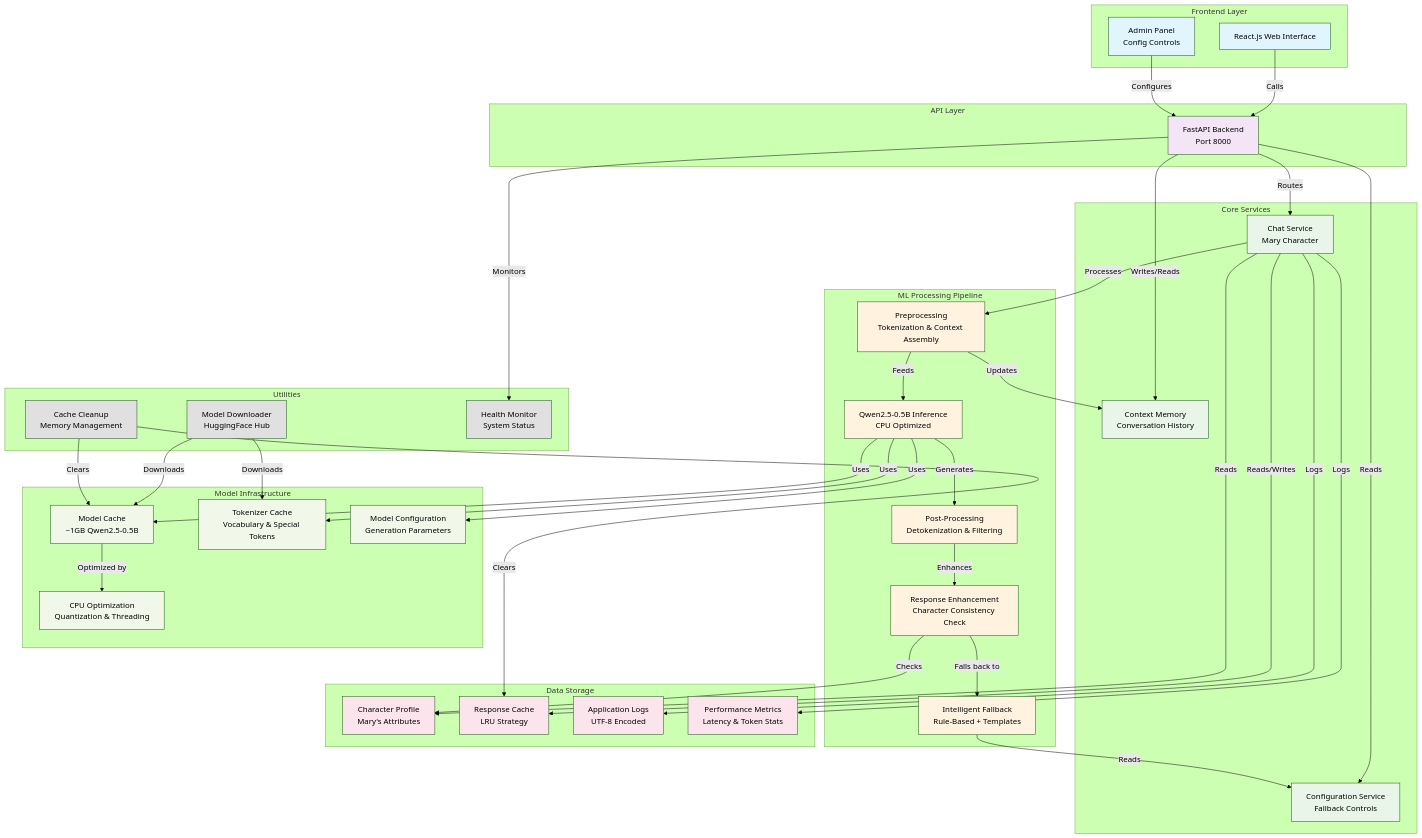
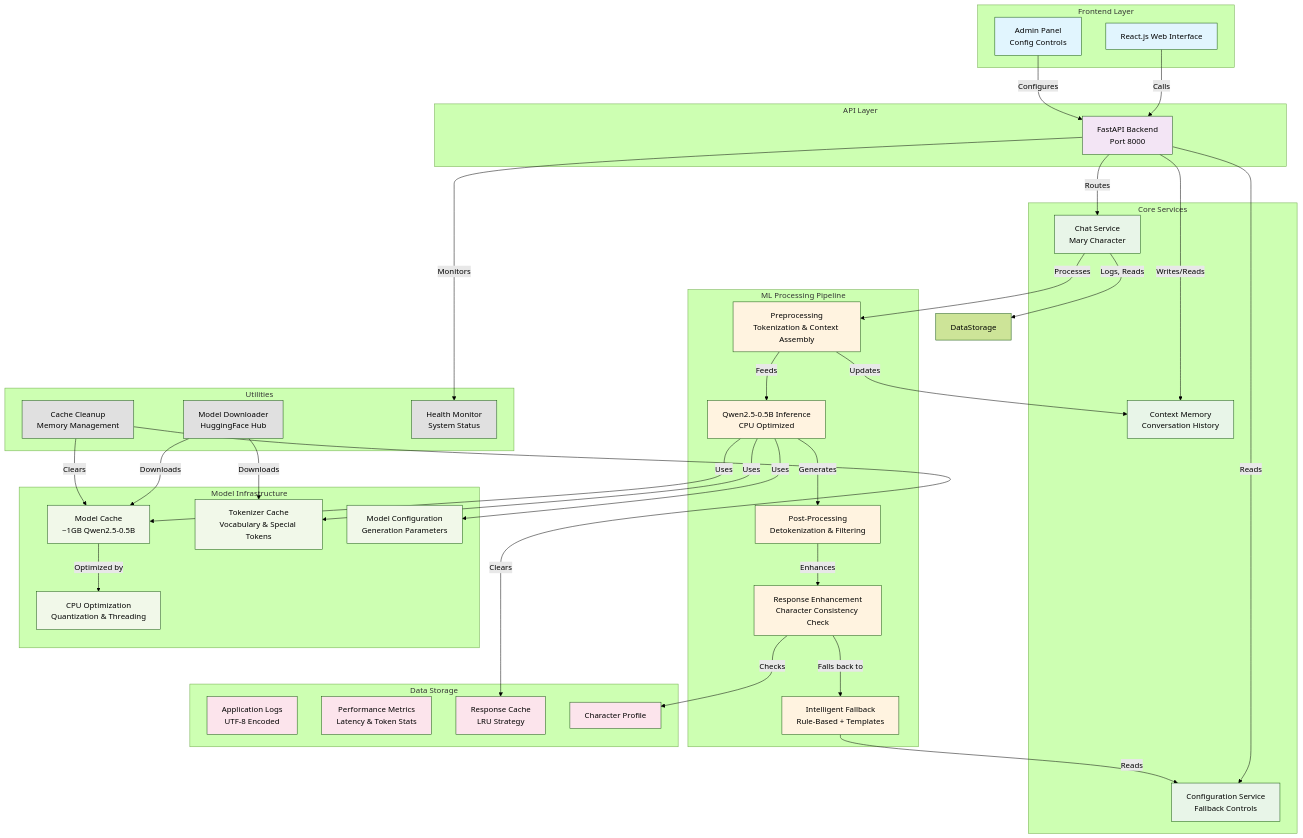
One commit to shaf-aston/FYP-sales-training-tool changed the diagram in project.mmd. Above: the diagram before and after it, drawn with Mermaid (forest theme).

Commit message:
project .mmd updated

```diff
--- a/project.mmd
+++ b/project.mmd
@@ -1,94 +1,86 @@
-graph TB
-  subgraph Frontend Layer
-    UI[React.js Web Interface]
-    Admin[Admin Panel<br>Config Controls]
+flowchart TB
+ subgraph subGraph0["Frontend Layer"]
+        UI["React.js Web Interface"]
+        Admin["Admin Panel<br>Config Controls"]
   end
+ subgraph subGraph1["API Layer"]
+        API["FastAPI Backend<br>Port 8000"]
+  end
+ subgraph subGraph2["Core Services"]
+        Chat["Chat Service<br>Mary Character"]
+        Config["Configuration Service<br>Fallback Controls"]
+        Memory["Context Memory<br>Conversation History"]
+  end
+ subgraph subGraph3["ML Processing Pipeline"]
+        PreProc["Preprocessing<br>Tokenization &amp; Context Assembly"]
+        Inference["Qwen2.5-0.5B Inference<br>CPU Optimized"]
+        PostProc["Post-Processing<br>Detokenization &amp; Filtering"]
+        Enhanced["Response Enhancement<br>Character Consistency Check"]
+        Fallback["Intelligent Fallback<br>Rule-Based + Templates"]
+  end
+ subgraph subGraph4["Model Infrastructure"]
+        ModelCache["Model Cache<br>~1GB Qwen2.5-0.5B"]
+        Tokenizer["Tokenizer Cache<br>Vocabulary &amp; Special Tokens"]
+        ModelConfig["Model Configuration<br>Generation Parameters"]
+        Optimizer["CPU Optimization<br>Quantization &amp; Threading"]
+  end
+ subgraph subGraph5["Data Storage"]
+        Logs["Application Logs<br>UTF-8 Encoded"]
+        Stats["Performance Metrics<br>Latency &amp; Token Stats"]
+        Cache["Response Cache<br>LRU Strategy"]
+        Profile["Character Profile<br>"]
+  end
+ subgraph Utilities["Utilities"]
+        Download["Model Downloader<br>HuggingFace Hub"]
+        Cleanup["Cache Cleanup<br>Memory Management"]
+        Health["Health Monitor<br>System Status"]
+  end
+    UI -- Calls --> API
+    Admin -- Configures --> API
+    API -- Routes --> Chat
+    API -- Reads --> Config
+    API -- Writes/Reads --> Memory
+    API -- Monitors --> Health
+    Chat -- Processes --> PreProc
+    PreProc -- Feeds --> Inference
+    Inference -- Generates --> PostProc
+    PostProc -- Enhances --> Enhanced
+    Enhanced -- Falls back to --> Fallback
+    Inference -- Uses --> ModelCache & Tokenizer & ModelConfig
+    ModelCache -- Optimized by --> Optimizer
+    Chat -- Logs, Reads --> DataStorage["DataStorage"]
+    Download -- Downloads --> ModelCache & Tokenizer
+    Cleanup -- Clears --> ModelCache & Cache
+    PreProc -- Updates --> Memory
+    Fallback -- Reads --> Config
+    Enhanced -- Checks --> Profile
 
-  subgraph API Layer
-    API[FastAPI Backend<br>Port 8000]
-  end
-
-  subgraph Core Services
-    Chat[Chat Service<br>Mary Character]
-    Config[Configuration Service<br>Fallback Controls]
-    Memory[Context Memory<br>Conversation History]
-  end
-
-  subgraph ML Processing Pipeline
-    PreProc[Preprocessing<br>Tokenization & Context Assembly]
-    Inference[Qwen2.5-0.5B Inference<br>CPU Optimized]
-    PostProc[Post-Processing<br>Detokenization & Filtering]
-    Enhanced[Response Enhancement<br>Character Consistency Check]
-    Fallback[Intelligent Fallback<br>Rule-Based + Templates]
-  end
-
-  subgraph Model Infrastructure
-    ModelCache[Model Cache<br>~1GB Qwen2.5-0.5B]
-    Tokenizer[Tokenizer Cache<br>Vocabulary & Special Tokens]
-    ModelConfig[Model Configuration<br>Generation Parameters]
-    Optimizer[CPU Optimization<br>Quantization & Threading]
-  end
-
-  subgraph Data Storage
-    Profile[Character Profile<br>Mary's Attributes]
-    Cache[Response Cache<br>LRU Strategy]
-    Logs[Application Logs<br>UTF-8 Encoded]
-    Stats[Performance Metrics<br>Latency & Token Stats]
-  end
-
-  subgraph Utilities
-    Download[Model Downloader<br>HuggingFace Hub]
-    Cleanup[Cache Cleanup<br>Memory Management]
-    Health[Health Monitor<br>System Status]
-  end
-
-  %% Connections between layers
-  UI -- Calls --> API
-  Admin -- Configures --> API
-
-  API -- Routes --> Chat
-  API -- Reads --> Config
-  API -- Writes/Reads --> Memory
-  API -- Monitors --> Health
-
-  Chat -- Processes --> PreProc
-  PreProc -- Feeds --> Inference
-  Inference -- Generates --> PostProc
-  PostProc -- Enhances --> Enhanced
-  Enhanced -- Falls back to --> Fallback
-
-  Inference -- Uses --> ModelCache
-  Inference -- Uses --> Tokenizer
-  Inference -- Uses --> ModelConfig
-  ModelCache -- Optimized by --> Optimizer
-
-  Chat -- Reads --> Profile
-  Chat -- Reads/Writes --> Cache
-  Chat -- Logs --> Stats
-  Chat -- Logs --> Logs
-
-  Download -- Downloads --> ModelCache
-  Download -- Downloads --> Tokenizer
-  Cleanup -- Clears --> ModelCache
-  Cleanup -- Clears --> Cache
-
-  PreProc -- Updates --> Memory
-  Fallback -- Reads --> Config
-  Enhanced -- Checks --> Profile
-
-  %% Styling
-  classDef frontend fill:#e1f5fe
-  classDef api fill:#f3e5f5
-  classDef core fill:#e8f5e8
-  classDef ml fill:#fff3e0
-  classDef model fill:#f1f8e9
-  classDef data fill:#fce4ec
-  classDef utils fill:#e0e0e0
-
-  class UI,Admin frontend
-  class API api
-  class Chat,Config,Memory core
-  class PreProc,Inference,PostProc,Enhanced,Fallback ml
-  class ModelCache,Tokenizer,ModelConfig,Optimizer model
-  class Profile,Cache,Logs,Stats data
-  class Download,Cleanup,Health utils
+     UI:::frontend
+     Admin:::frontend
+     API:::api
+     Chat:::core
+     Config:::core
+     Memory:::core
+     PreProc:::ml
+     Inference:::ml
+     PostProc:::ml
+     Enhanced:::ml
+     Fallback:::ml
+     ModelCache:::model
+     Tokenizer:::model
+     ModelConfig:::model
+     Optimizer:::model
+     Profile:::data
+     Cache:::data
+     Logs:::data
+     Stats:::data
+     Download:::utils
+     Cleanup:::utils
+     Health:::utils
+    classDef frontend fill:#e1f5fe
+    classDef api fill:#f3e5f5
+    classDef core fill:#e8f5e8
+    classDef ml fill:#fff3e0
+    classDef model fill:#f1f8e9
+    classDef data fill:#fce4ec
+    classDef utils fill:#e0e0e0
```
